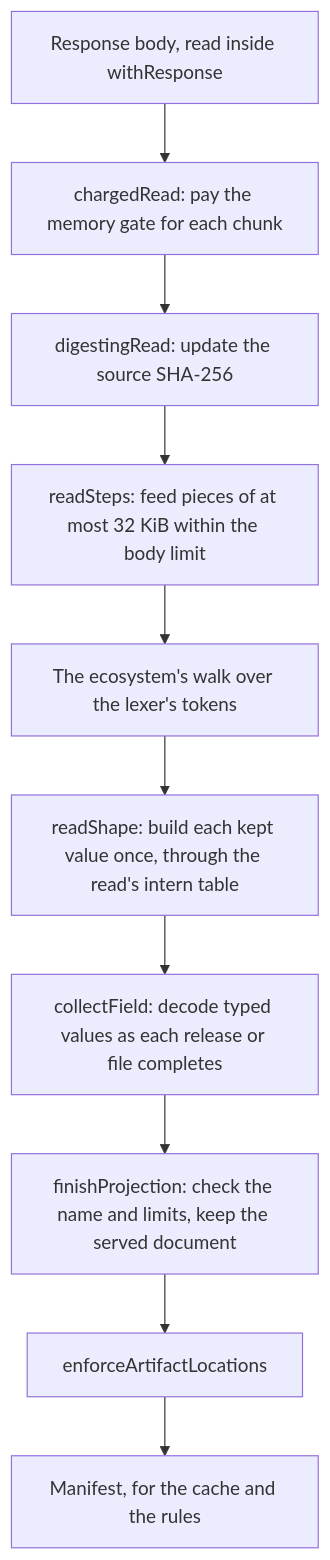
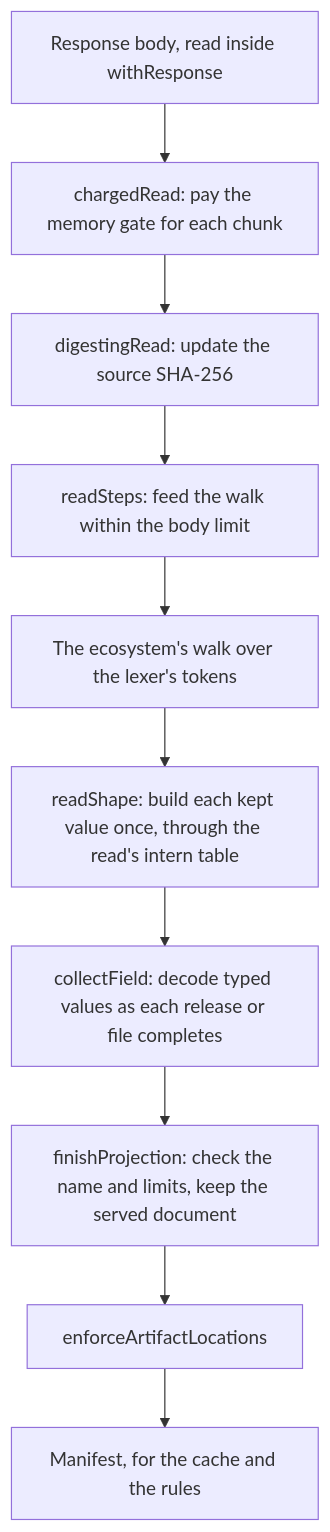
One commit to AlexaDeWit/Ecluse changed the diagram in docs/adding-an-ecosystem.md. Above: the diagram before and after it, drawn with Mermaid. The commit also changed other lines of this file and 3 other files, not shown here.

````diff
--- a/docs/adding-an-ecosystem.md
+++ b/docs/adding-an-ecosystem.md
@@ -37,12 +49,12 @@
 ```mermaid
 flowchart TD
     body["Response body, read inside withResponse"] --> charge["chargedRead: pay the memory gate for each chunk"]
     charge --> digest["digestingRead: update the source SHA-256"]
-    digest --> steps["readSteps: feed pieces of at most 32 KiB within the body limit"]
+    digest --> steps["readSteps: feed the walk within the body limit"]
     steps --> walk["The ecosystem's walk over the lexer's tokens"]
     walk --> shape["readShape: build each kept value once, through the read's intern table"]
     shape --> collect["collectField: decode typed values as each release or file completes"]
     collect --> finish["finishProjection: check the name and limits, keep the served document"]
     finish --> enforce["enforceArtifactLocations"]
     enforce --> manifest["Manifest, for the cache and the rules"]
 ```
````
